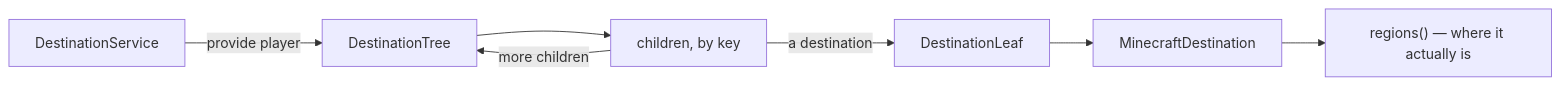
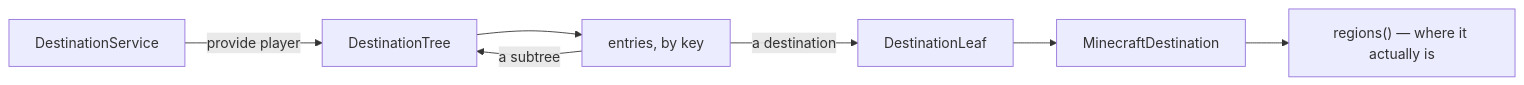
Before and after one commit to CobblestoneMC/cobblestone: the diagram in docs/docs/developers/destinations.md, drawn with Mermaid. The commit also changed other lines of this file and 29 other files, not shown here.

````diff
--- a/docs/docs/developers/destinations.md
+++ b/docs/docs/developers/destinations.md
@@ -13,9 +13,9 @@
 ```mermaid
 flowchart LR
     A[DestinationService] -->|provide player| B[DestinationTree]
-    B --> C[children, by key]
+    B --> C[entries, by key]
     C -->|a destination| D[DestinationLeaf]
-    C -->|more children| B
+    C -->|a subtree| B
     D --> E[MinecraftDestination]
     E --> F["regions() — where it actually is"]
 ```
````
